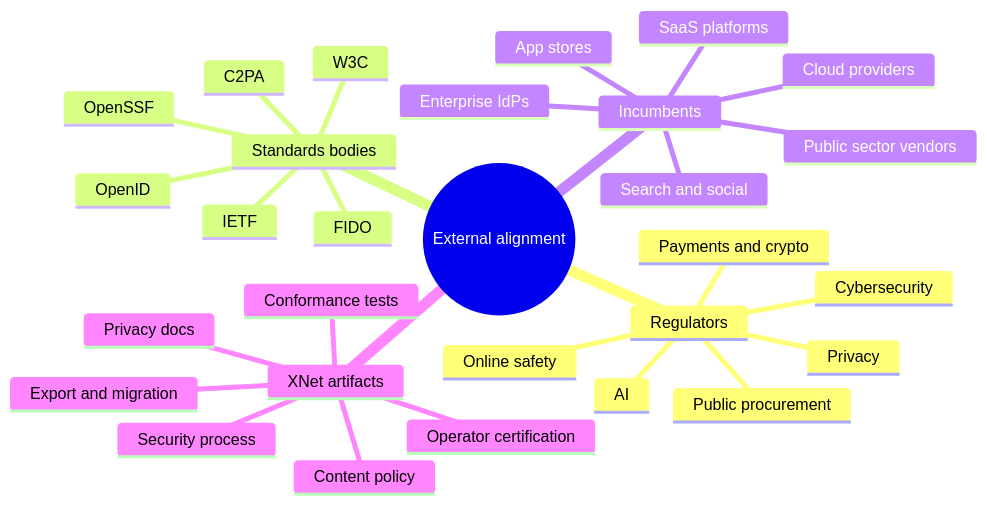
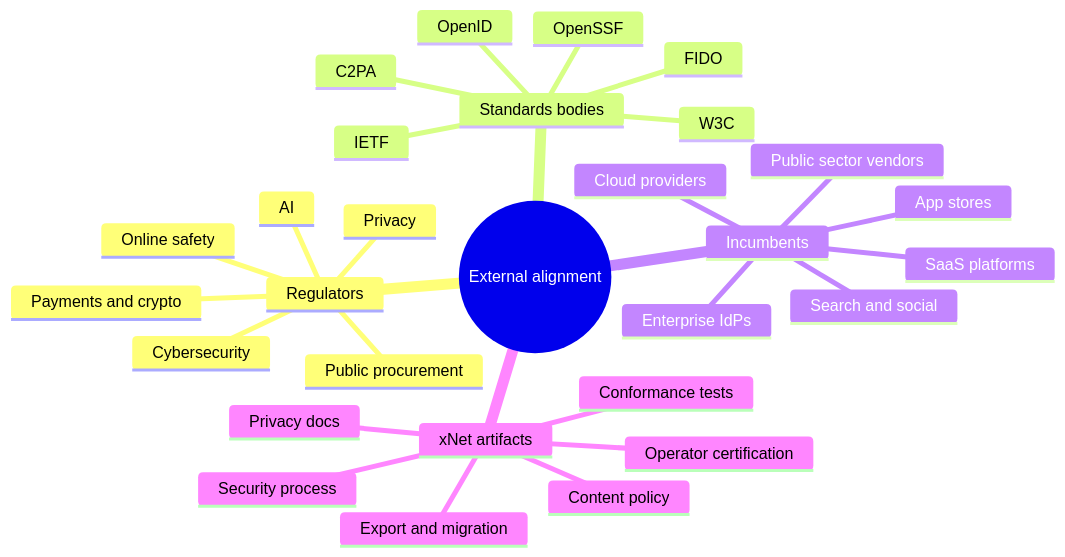
Before and after one commit to crs48/xNet: the third of 5 diagrams in docs/explorations/0146_[_]_WORKING_WITH_REGULATORS_STANDARDS_BODIES_AND_INCUMBENTS_FOR_XNET_MARKET_ADOPTION.md, drawn with Mermaid. The commit also changed other lines of this file and 22 other files, not shown here.

````diff
--- a/docs/explorations/0146_[_]_WORKING_WITH_REGULATORS_STANDARDS_BODIES_AND_INCUMBENTS_FOR_XNET_MARKET_ADOPTION.md
+++ b/docs/explorations/0146_[_]_WORKING_WITH_REGULATORS_STANDARDS_BODIES_AND_INCUMBENTS_FOR_XNET_MARKET_ADOPTION.md
@@ -510,32 +510,32 @@
 ```mermaid
 mindmap
   root((External alignment))
     Regulators
       Privacy
       Online safety
       Cybersecurity
       AI
       Payments and crypto
       Public procurement
     Standards bodies
       W3C
       IETF
       OpenID
       FIDO
       C2PA
       OpenSSF
     Incumbents
       App stores
       Cloud providers
       Enterprise IdPs
       SaaS platforms
       Search and social
       Public sector vendors
-    XNet artifacts
+    xNet artifacts
       Privacy docs
       Security process
       Conformance tests
       Export and migration
       Content policy
       Operator certification
 ```
````
